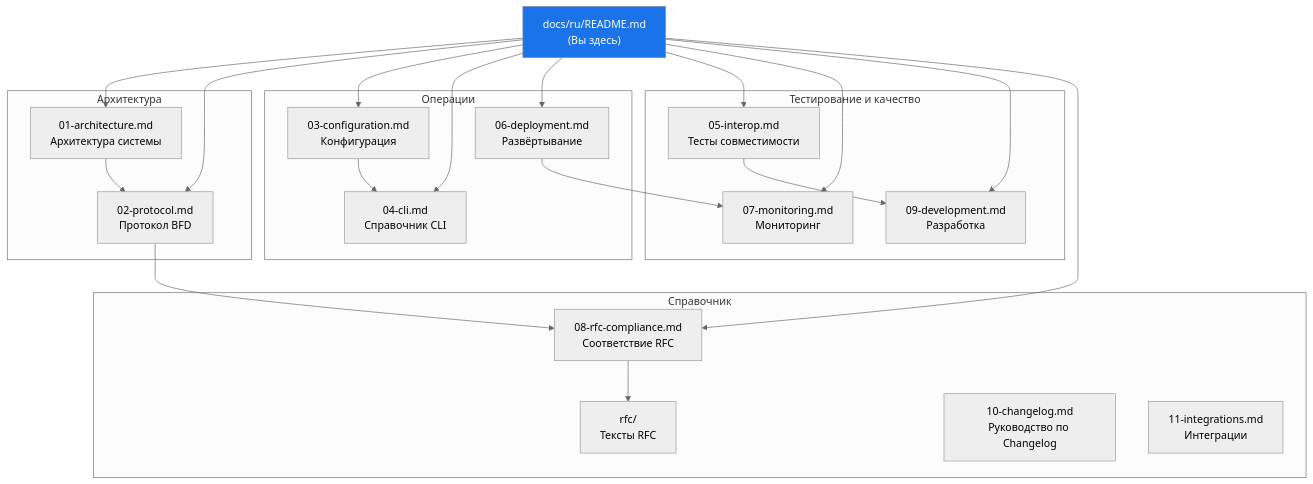
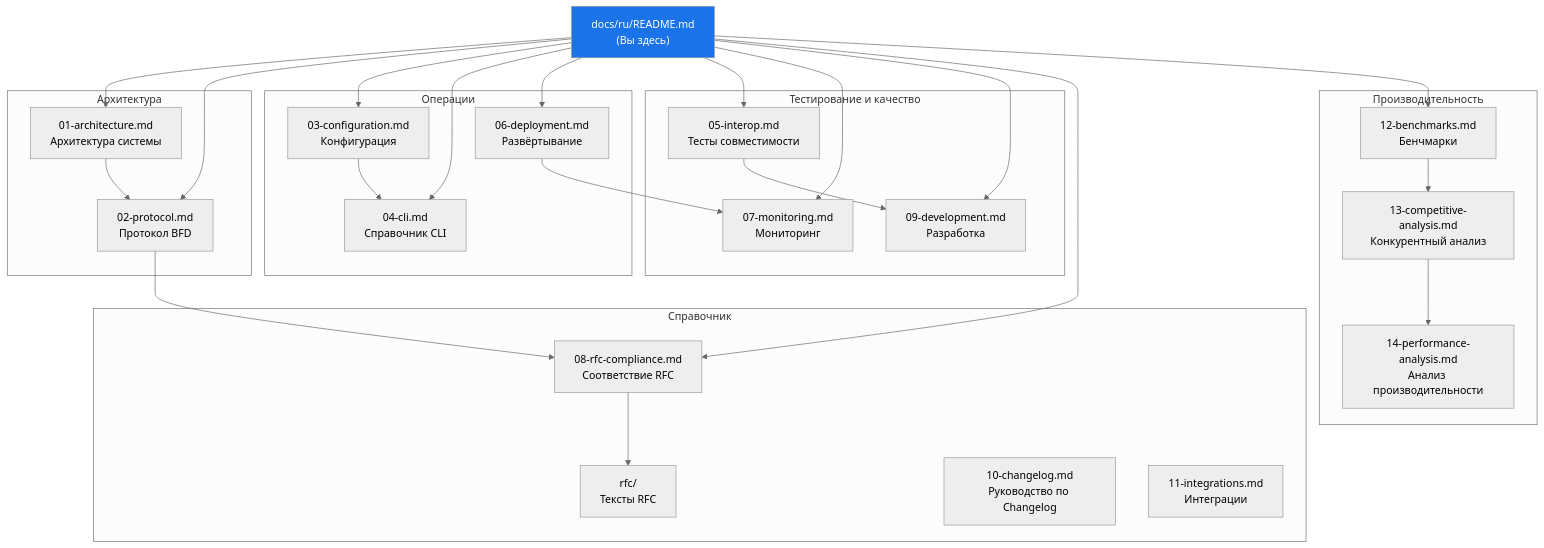
The diagram in docs/ru/README.md (dantte-lp/gobfd), drawn with Mermaid (neutral theme) before and after one commit. The commit also changed other lines of this file and 97 other files, not shown here.

````diff
--- a/docs/ru/README.md
+++ b/docs/ru/README.md
@@ -14,47 +14,56 @@
 ```mermaid
 graph TD
     IDX["docs/ru/README.md<br/>(Вы здесь)"]
 
     subgraph "Архитектура"
         A1["01-architecture.md<br/>Архитектура системы"]
         A2["02-protocol.md<br/>Протокол BFD"]
     end
 
     subgraph "Операции"
         B1["03-configuration.md<br/>Конфигурация"]
         B2["04-cli.md<br/>Справочник CLI"]
         B3["06-deployment.md<br/>Развёртывание"]
     end
 
     subgraph "Тестирование и качество"
         C1["05-interop.md<br/>Тесты совместимости"]
         C2["07-monitoring.md<br/>Мониторинг"]
         C3["09-development.md<br/>Разработка"]
     end
 
+    subgraph "Производительность"
+        E1["12-benchmarks.md<br/>Бенчмарки"]
+        E2["13-competitive-analysis.md<br/>Конкурентный анализ"]
+        E3["14-performance-analysis.md<br/>Анализ производительности"]
+    end
+
     subgraph "Справочник"
         D1["08-rfc-compliance.md<br/>Соответствие RFC"]
         D2["rfc/<br/>Тексты RFC"]
         D3["10-changelog.md<br/>Руководство по Changelog"]
         D4["11-integrations.md<br/>Интеграции"]
     end
 
     IDX --> A1
     IDX --> A2
     IDX --> B1
     IDX --> B2
     IDX --> B3
     IDX --> C1
     IDX --> C2
     IDX --> C3
     IDX --> D1
+    IDX --> E1
 
     A1 --> A2
     A2 --> D1
     B1 --> B2
     B3 --> C2
     C1 --> C3
     D1 --> D2
+    E1 --> E2
+    E2 --> E3
 
     style IDX fill:#1a73e8,color:#fff
 ```
````
